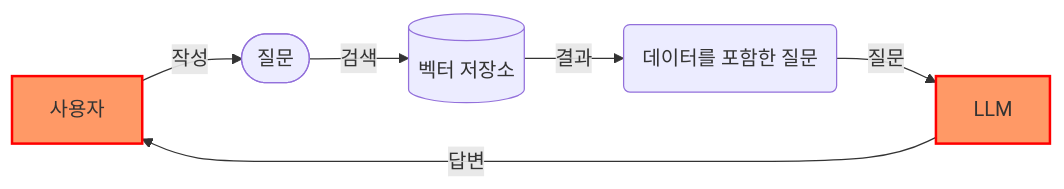
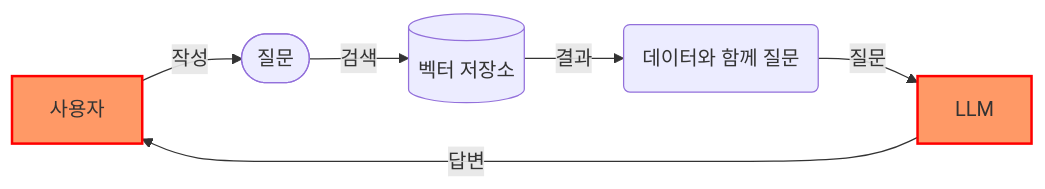
The diagram in ko/realbits/overview.md (realbits-lab/gitbook), drawn with Mermaid before and after one commit. The commit also changed other lines of this file, not shown here.

````diff
--- a/ko/realbits/overview.md
+++ b/ko/realbits/overview.md
@@ -19,11 +19,11 @@
 ```mermaid
 graph LR
   style U fill:#f96,stroke:#f00,stroke-width:2px
   style L fill:#f96,stroke:#f00,stroke-width:2px
 
   U["사용자"] -->|작성|Q(["질문"])
   Q -->|검색|V[("벡터 저장소")]
-  V -->|결과|T("데이터를 포함한 질문")
+  V -->|결과|T("데이터와 함께 질문")
   T -->|질문|L["LLM"]
   L -->|답변|U
 ```
````
